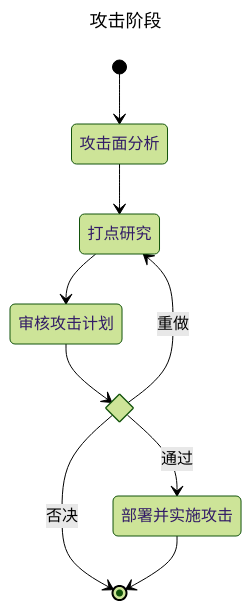
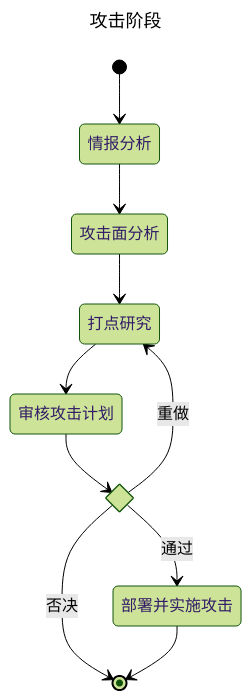
Before and after one commit to hangxin1940/bladerazor: the second of 2 diagrams in README.md, drawn with Mermaid (forest theme). The commit also changed other lines of this file and 6 other files, not shown here.

````diff
--- a/README.md
+++ b/README.md
@@ -66,19 +65,21 @@
 ```mermaid
 ---
 title: 攻击阶段
 ---
 stateDiagram-v2
+    state "情报分析" as IntelligenceAnalysis
     state "攻击面分析" as AttackSurfaceResearch
     state "打点研究" as EstablishingFootholdResearch
     state "审核攻击计划" as AttackPlanReview
     state "部署并实施攻击" as DeployAndExecuteTheAttack
     state attack_plan_review_state <<choice>>
-    [*] --> AttackSurfaceResearch
+    [*] --> IntelligenceAnalysis
+    IntelligenceAnalysis --> AttackSurfaceResearch
     AttackSurfaceResearch --> EstablishingFootholdResearch
     EstablishingFootholdResearch --> AttackPlanReview
     AttackPlanReview --> attack_plan_review_state
     attack_plan_review_state --> EstablishingFootholdResearch: 重做
     attack_plan_review_state --> [*]: 否决
     attack_plan_review_state --> DeployAndExecuteTheAttack: 通过
     DeployAndExecuteTheAttack --> [*]
 ```
````
